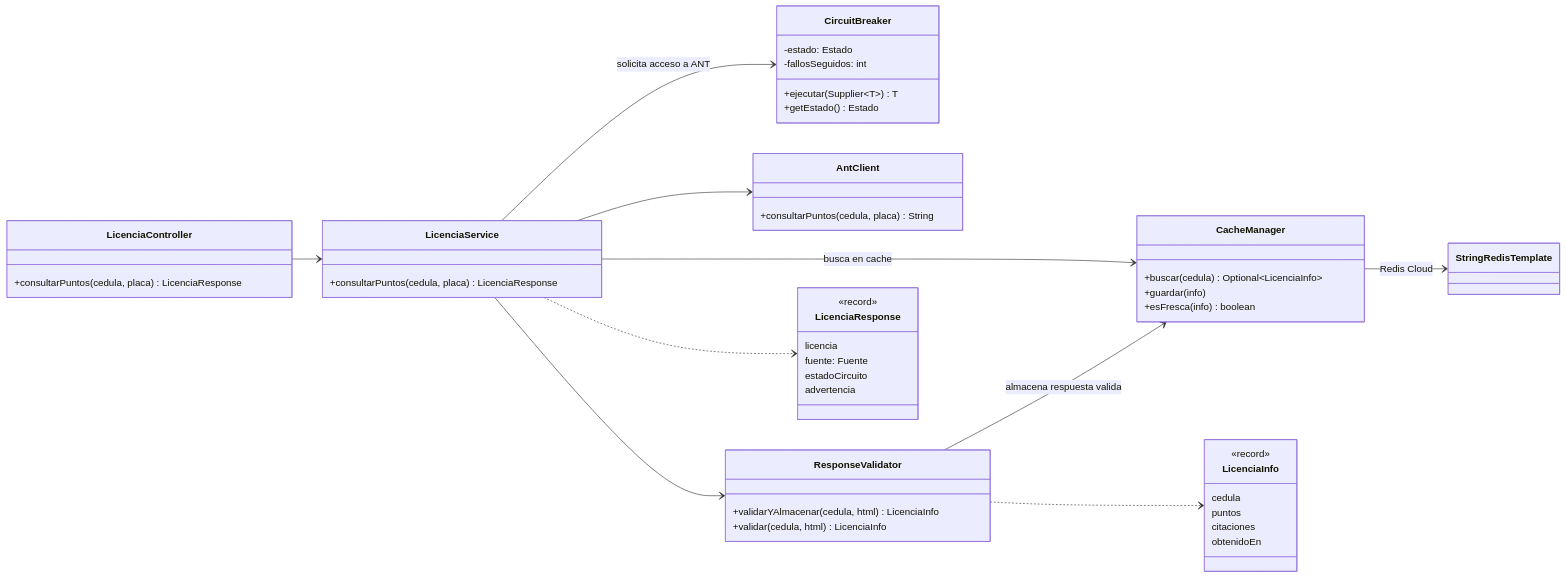
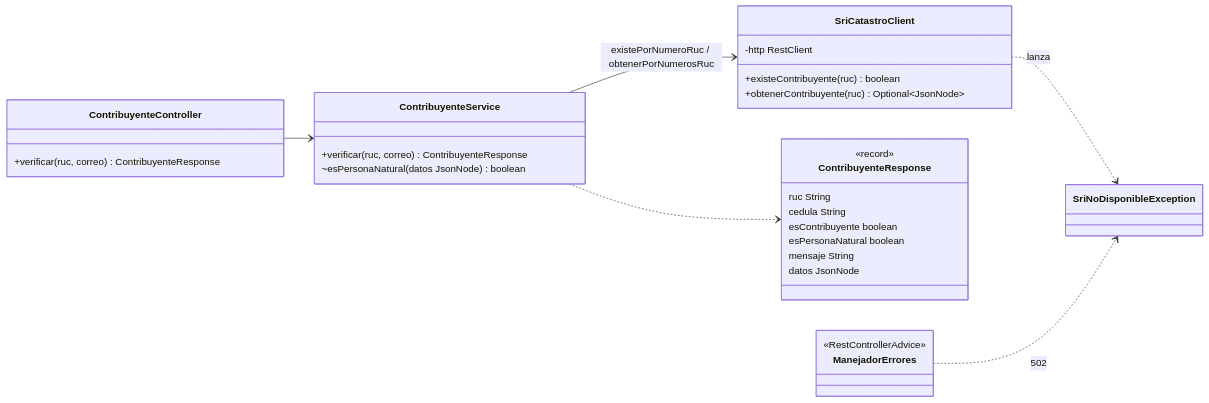
The first of 2 diagrams in docs/C4-Nivel4-Codigo.md (Ijloy/ArquitecturaC4), drawn with Mermaid before and after one commit. The commit also changed other lines of this file and 6 other files, not shown here.

Commit message:
README completo con explicacion de C1-C4, diagramas Mermaid y evidencias de ejecucion

````diff
--- a/docs/C4-Nivel4-Codigo.md
+++ b/docs/C4-Nivel4-Codigo.md
@@ -21,52 +20,33 @@
 ```mermaid
 classDiagram
     direction LR
-    class LicenciaController {
-        +consultarPuntos(cedula, placa) LicenciaResponse
+    class ContribuyenteController {
+        +verificar(ruc, correo) ContribuyenteResponse
     }
-    class LicenciaService {
-        +consultarPuntos(cedula, placa) LicenciaResponse
+    class ContribuyenteService {
+        +verificar(ruc, correo) ContribuyenteResponse
+        ~esPersonaNatural(datos JsonNode) boolean
     }
-    class CacheManager {
-        +buscar(cedula) Optional~LicenciaInfo~
-        +guardar(info)
-        +esFresca(info) boolean
+    class SriCatastroClient {
+        -http RestClient
+        +existeContribuyente(ruc) boolean
+        +obtenerContribuyente(ruc) Optional~JsonNode~
     }
-    class CircuitBreaker {
-        -estado: Estado
-        -fallosSeguidos: int
-        +ejecutar(Supplier~T~) T
-        +getEstado() Estado
+    class ContribuyenteResponse {
+        <<record>>
+        ruc String
+        cedula String
+        esContribuyente boolean
+        esPersonaNatural boolean
+        mensaje String
+        datos JsonNode
     }
-    class AntClient {
-        +consultarPuntos(cedula, placa) String
+    class ManejadorErrores {
+        <<RestControllerAdvice>>
     }
-    class ResponseValidator {
-        +validarYAlmacenar(cedula, html) LicenciaInfo
-        +validar(cedula, html) LicenciaInfo
-    }
-    class LicenciaInfo {
-        <<record>>
-        cedula
-        puntos
-        citaciones
-        obtenidoEn
-    }
-    class LicenciaResponse {
-        <<record>>
-        licencia
-        fuente: Fuente
-        estadoCircuito
-        advertencia
-    }
-    class StringRedisTemplate
-    LicenciaController --> LicenciaService
-    LicenciaService --> CacheManager : busca en cache
-    LicenciaService --> CircuitBreaker : solicita acceso a ANT
-    LicenciaService --> AntClient
-    LicenciaService --> ResponseValidator
-    ResponseValidator --> CacheManager : almacena respuesta valida
-    CacheManager --> StringRedisTemplate : Redis Cloud
-    LicenciaService ..> LicenciaResponse
-    ResponseValidator ..> LicenciaInfo
+    ContribuyenteController --> ContribuyenteService
+    ContribuyenteService --> SriCatastroClient : existePorNumeroRuc / obtenerPorNumerosRuc
+    ContribuyenteService ..> ContribuyenteResponse
+    SriCatastroClient ..> SriNoDisponibleException : lanza
+    ManejadorErrores ..> SriNoDisponibleException : 502
 ```
````
